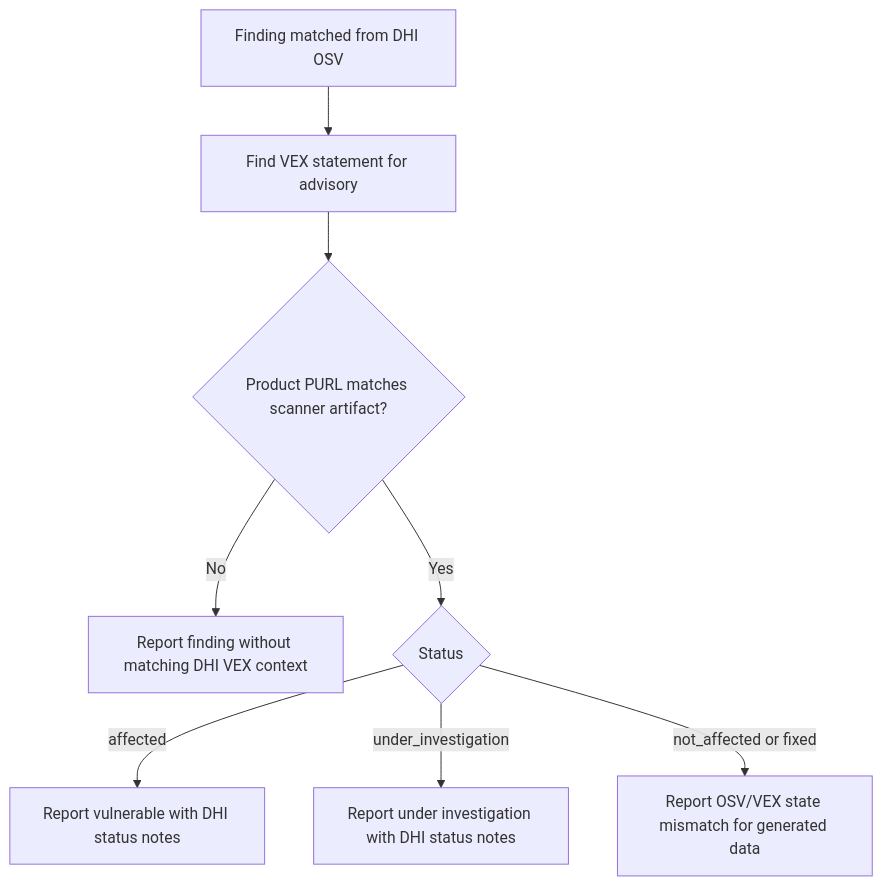
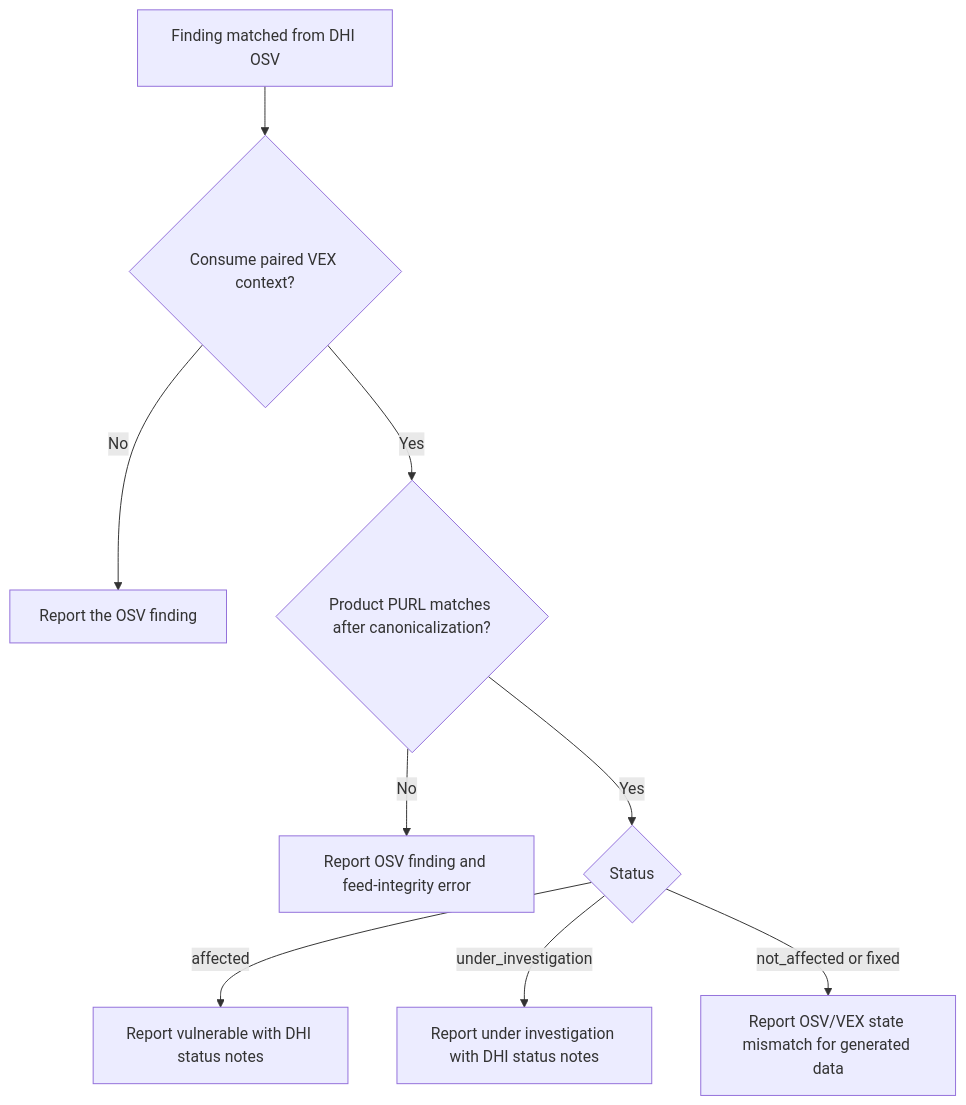
One commit to docker-hardened-images/advisories changed the third of 4 diagrams in integration/upcoming-id-dhi/docs/decision-trees.md. Above: the diagram before and after it, drawn with Mermaid. The commit also changed other lines of this file and 20 other files, not shown here.

Commit message:
docs: clarify upcoming DHI scanner integration

````diff
--- a/integration/upcoming-id-dhi/docs/decision-trees.md
+++ b/integration/upcoming-id-dhi/docs/decision-trees.md
@@ -37,10 +44,11 @@
 ```mermaid
 flowchart TD
-  A[Finding matched from DHI OSV] --> B[Find VEX statement for advisory]
-  B --> C{Product PURL matches scanner artifact?}
-  C -->|No| D[Report finding without matching DHI VEX context]
-  C -->|Yes| E{Status}
-  E -->|affected| F[Report vulnerable with DHI status notes]
-  E -->|under_investigation| G[Report under investigation with DHI status notes]
-  E -->|not_affected or fixed| H[Report OSV/VEX state mismatch for generated data]
+  A[Finding matched from DHI OSV] --> B{Consume paired VEX context?}
+  B -->|No| C[Report the OSV finding]
+  B -->|Yes| D{Product PURL matches after canonicalization?}
+  D -->|No| E[Report OSV finding and feed-integrity error]
+  D -->|Yes| F{Status}
+  F -->|affected| G[Report vulnerable with DHI status notes]
+  F -->|under_investigation| H[Report under investigation with DHI status notes]
+  F -->|not_affected or fixed| I[Report OSV/VEX state mismatch for generated data]
 ```
````
